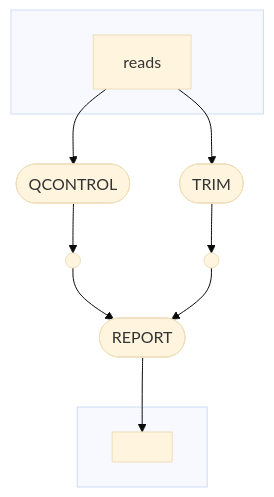
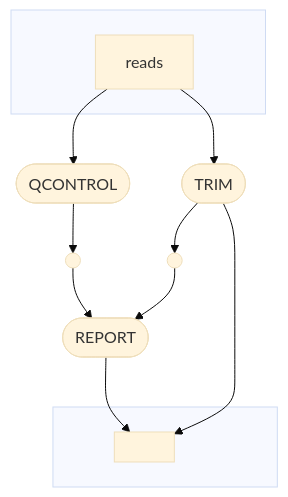
The diagram in README.md (glebus-sasha/qcontrol_nf), drawn with Mermaid before and after one commit.

````diff
--- a/README.md
+++ b/README.md
@@ -4,22 +4,23 @@
 ```mermaid
 %%{init: {'theme':'base'}}%%
 flowchart TB
     subgraph " "
     v0["reads"]
     end
     v1([QCONTROL])
     subgraph " "
     v9[" "]
     end
     v3([TRIM])
     v8([REPORT])
     v6(( ))
     v7(( ))
     v0 --> v1
     v0 --> v3
     v1 --> v6
     v3 --> v7
+    v3 --> v9
     v6 --> v8
     v7 --> v8
     v8 --> v9
 ```
````
